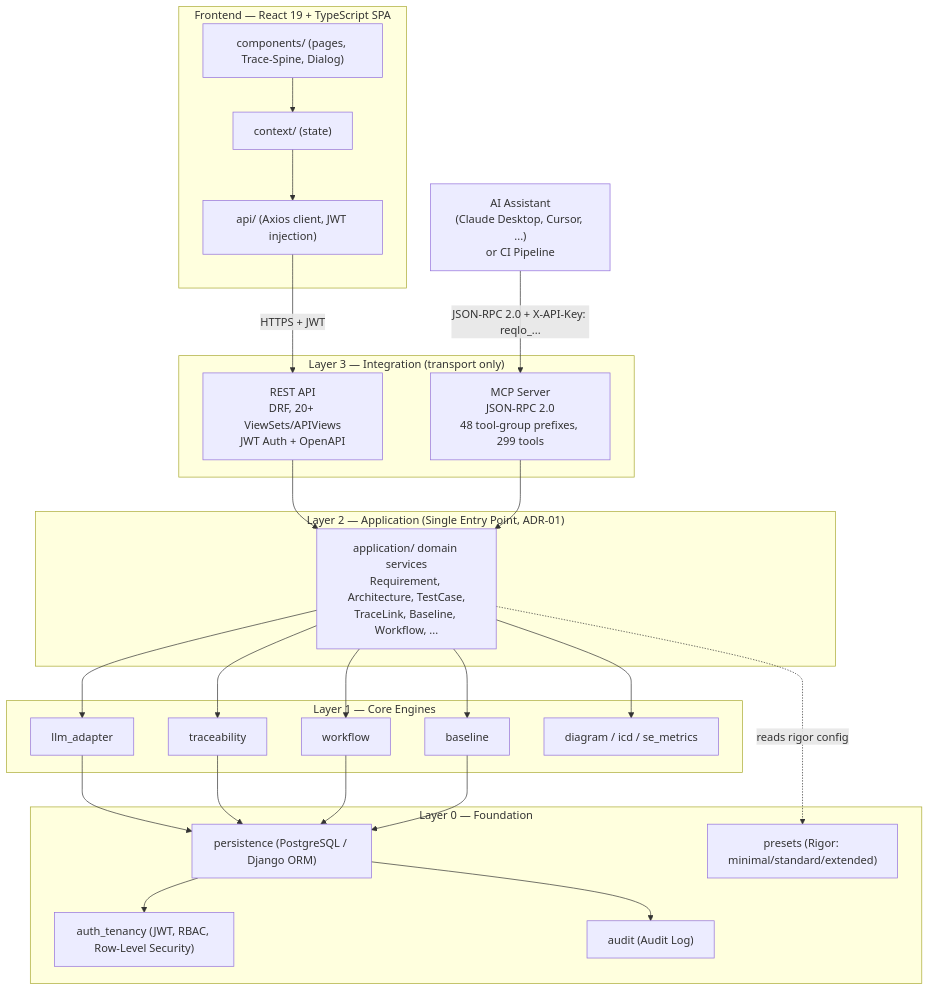
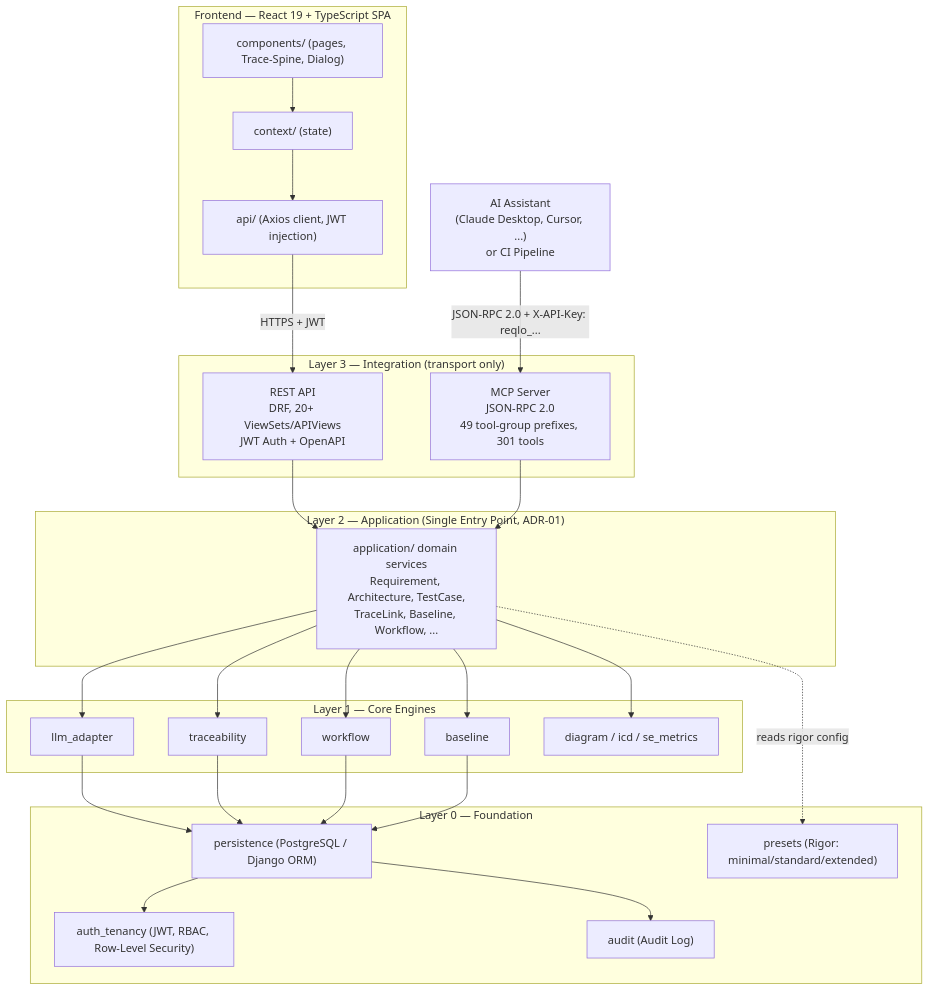
The first of 3 diagrams in README.md (Popoboxxo/ReqogniLoom), drawn with Mermaid before and after one commit. The commit also changed other lines of this file and 32 other files, not shown here.

````diff
--- a/README.md
+++ b/README.md
@@ -104,53 +104,53 @@
 ```mermaid
 graph TD
     subgraph FE["Frontend — React 19 + TypeScript SPA"]
         UI["components/ (pages, Trace-Spine, Dialog)"]
         CTX["context/ (state)"]
         APICLIENT["api/ (Axios client, JWT injection)"]
         UI --> CTX --> APICLIENT
     end
 
     EXT["AI Assistant<br/>(Claude Desktop, Cursor, ...)<br/>or CI Pipeline"]
 
     subgraph L3["Layer 3 — Integration (transport only)"]
         REST["REST API<br/>DRF, 20+ ViewSets/APIViews<br/>JWT Auth + OpenAPI"]
-        MCP["MCP Server<br/>JSON-RPC 2.0<br/>48 tool-group prefixes, 299 tools"]
+        MCP["MCP Server<br/>JSON-RPC 2.0<br/>49 tool-group prefixes, 301 tools"]
     end
 
     subgraph L2["Layer 2 — Application (Single Entry Point, ADR-01)"]
         APP["application/ domain services<br/>Requirement, Architecture, TestCase,<br/>TraceLink, Baseline, Workflow, ..."]
     end
 
     subgraph L1["Layer 1 — Core Engines"]
         LLM["llm_adapter"]
         TRACE["traceability"]
         WF["workflow"]
         BASE["baseline"]
         DIAG["diagram / icd / se_metrics"]
     end
 
     subgraph L0["Layer 0 — Foundation"]
         PERSIST["persistence (PostgreSQL / Django ORM)"]
         AUTH["auth_tenancy (JWT, RBAC, Row-Level Security)"]
         PRESET["presets (Rigor: minimal/standard/extended)"]
         AUDIT["audit (Audit Log)"]
     end
 
     APICLIENT -->|"HTTPS + JWT"| REST
     EXT -->|"JSON-RPC 2.0 + X-API-Key: reqlo_..."| MCP
 
     REST --> APP
     MCP --> APP
     APP --> LLM
     APP --> TRACE
     APP --> WF
     APP --> BASE
     APP --> DIAG
     APP -.->|"reads rigor config"| PRESET
     LLM --> PERSIST
     TRACE --> PERSIST
     WF --> PERSIST
     BASE --> PERSIST
     PERSIST --> AUTH
     PERSIST --> AUDIT
 ```
````
